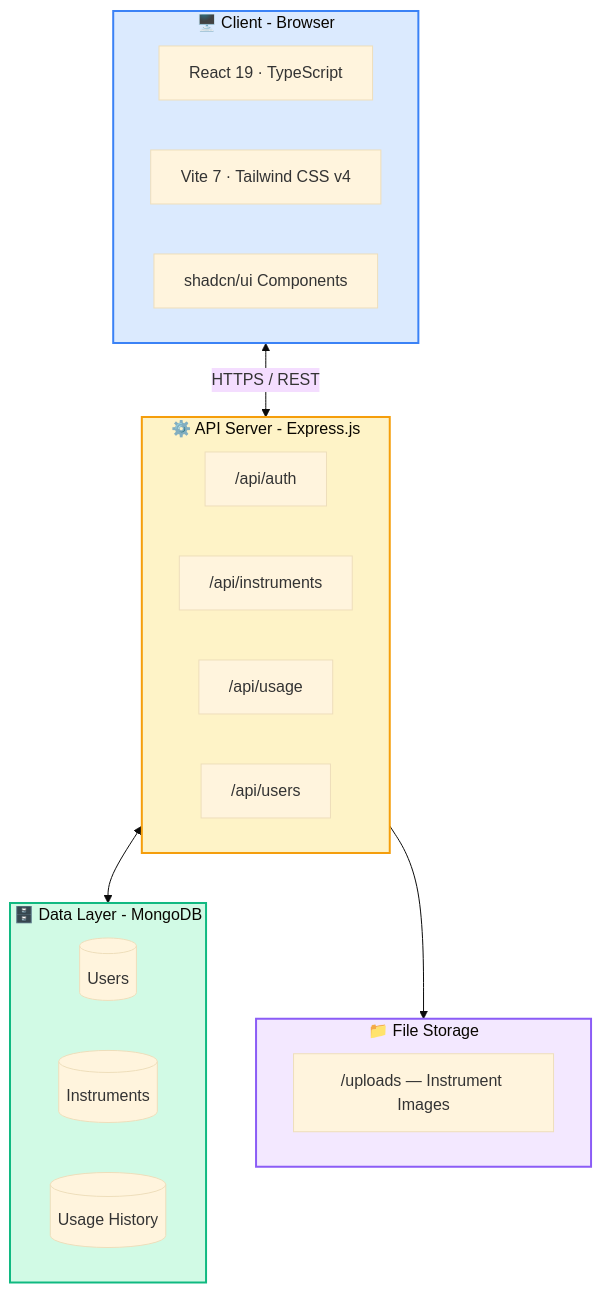
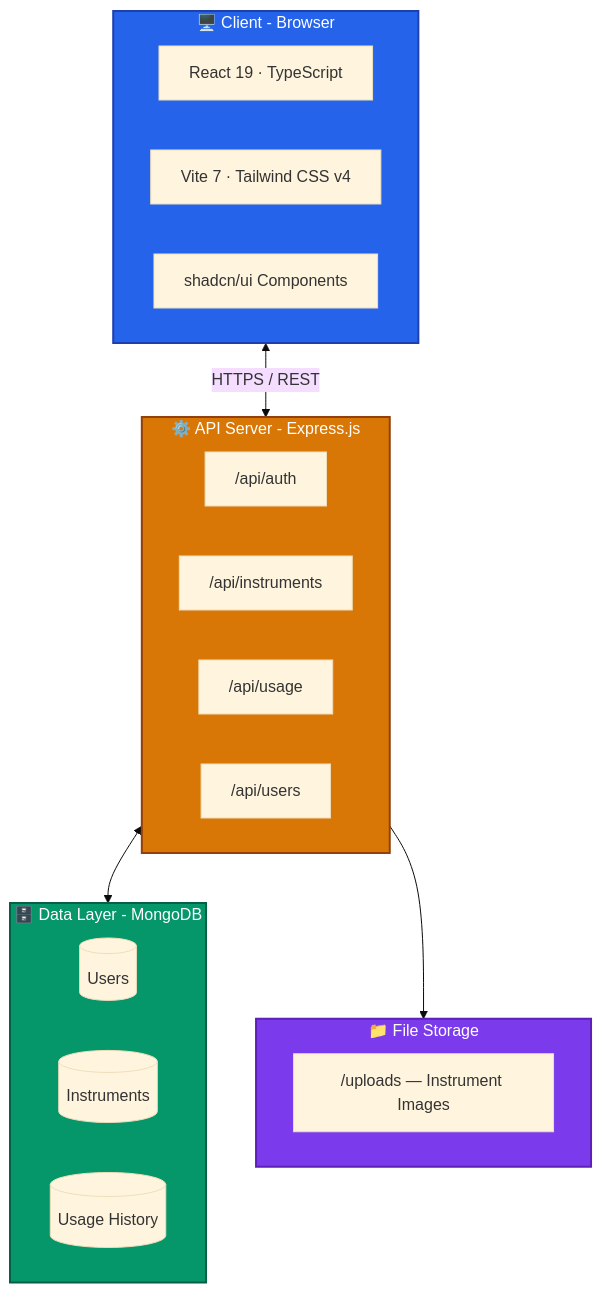
The first of 4 diagrams in README.md (Deepak1230987/Laboratory-Management-App), drawn with Mermaid (base theme) before and after one commit. The commit also changed other lines of this file, not shown here.

Commit message:
docs: update the color palette for mermaid diagrams in README.md.

````diff
--- a/README.md
+++ b/README.md
@@ -95,36 +95,36 @@
 ```mermaid
 graph TD
     subgraph CLIENT["🖥️ Client - Browser"]
         React["React 19 · TypeScript"]
         Vite["Vite 7 · Tailwind CSS v4"]
         ShadCN["shadcn/ui Components"]
     end
 
     CLIENT <-->|HTTPS / REST| API
 
     subgraph API["⚙️ API Server - Express.js"]
         Auth["/api/auth"]
         Instruments["/api/instruments"]
         Usage["/api/usage"]
         Users["/api/users"]
     end
 
     API <--> DB
 
     subgraph DB["🗄️ Data Layer - MongoDB"]
         UsersCol[(Users)]
         InstrumentsCol[(Instruments)]
         HistoryCol[(Usage History)]
     end
 
     API --> Storage
 
     subgraph Storage["📁 File Storage"]
         Uploads["/uploads — Instrument Images"]
     end
 
-    style CLIENT fill:#dbeafe,stroke:#3b82f6,stroke-width:2px
-    style API fill:#fef3c7,stroke:#f59e0b,stroke-width:2px
-    style DB fill:#d1fae5,stroke:#10b981,stroke-width:2px
-    style Storage fill:#f3e8ff,stroke:#8b5cf6,stroke-width:2px
+    style CLIENT fill:#2563eb,stroke:#1e40af,stroke-width:2px,color:#fff
+    style API fill:#d97706,stroke:#92400e,stroke-width:2px,color:#fff
+    style DB fill:#059669,stroke:#065f46,stroke-width:2px,color:#fff
+    style Storage fill:#7c3aed,stroke:#5b21b6,stroke-width:2px,color:#fff
 ```
````
